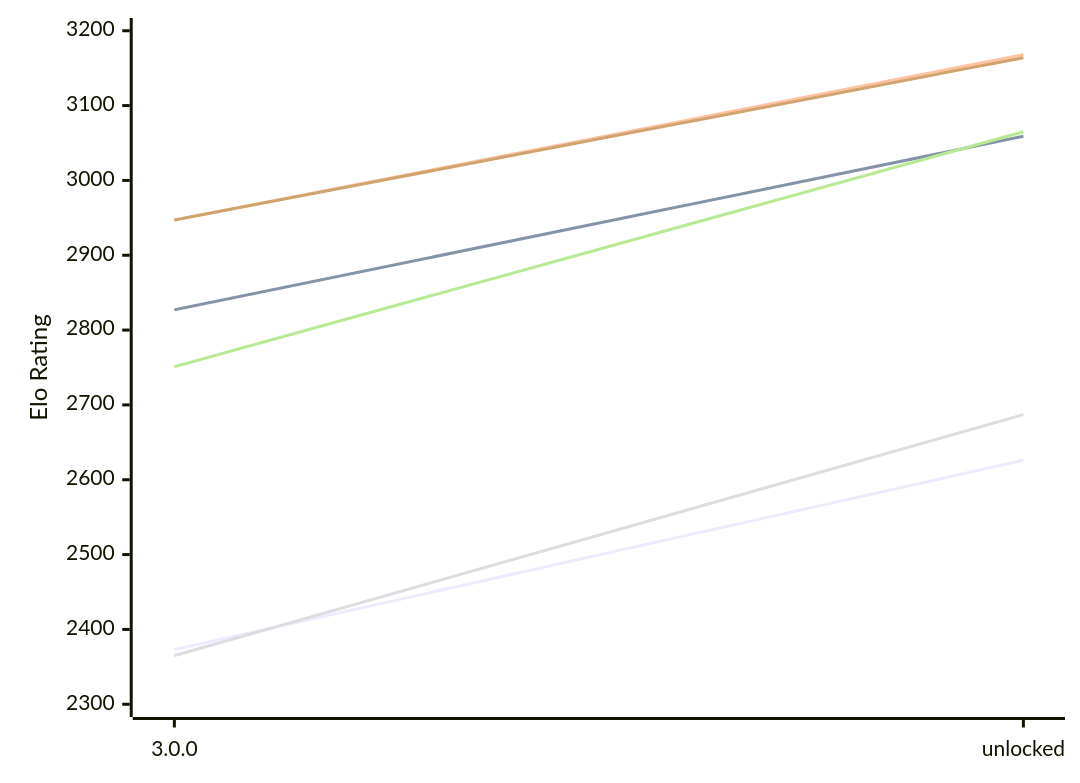
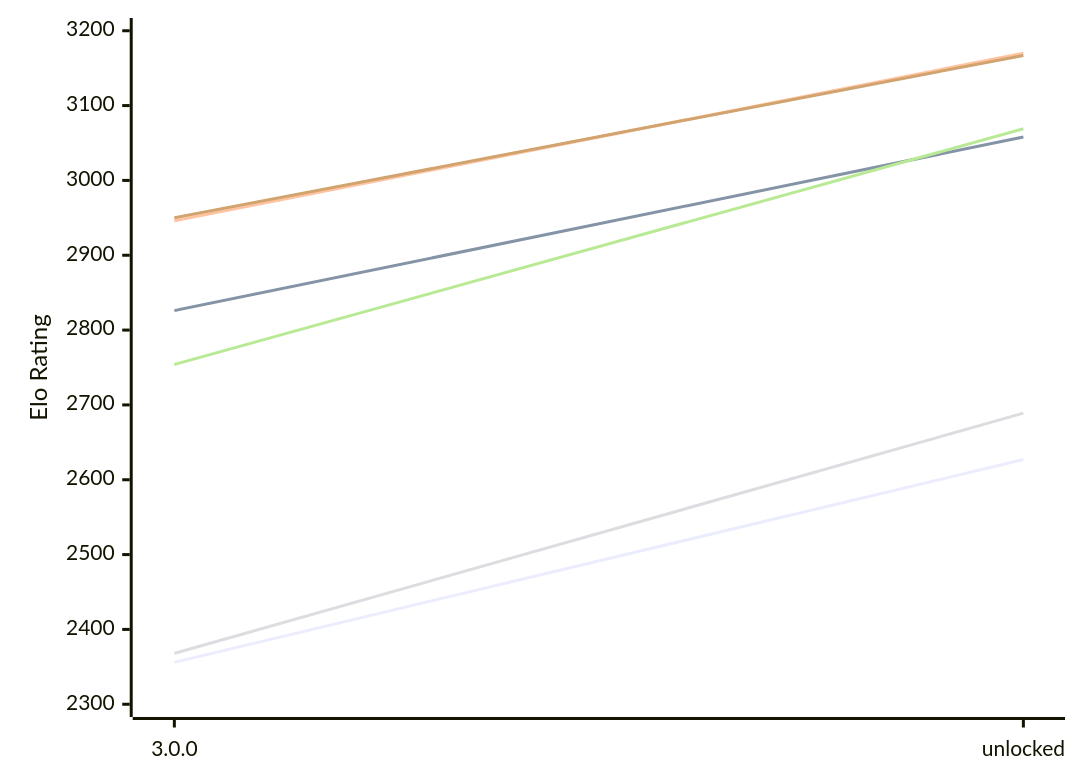
One commit to computer-chess-index/cci changed the first of 2 diagrams in engines/Potential.md. Above: the diagram before and after it, drawn with Mermaid. The commit also changed other lines of this file, not shown here.

Commit message:
Update CCI Ratings (ELO VLTC) - 2026-11-24

````diff
--- a/engines/Potential.md
+++ b/engines/Potential.md
@@ -51,12 +51,12 @@
 ```mermaid
 %%{init: {"theme":"base","themeVariables":{"seriesColors:['#a3a3a3','#222221','#faa371']}}}%%
 xychart-beta
   x-axis ["3.0.0", "unlocked"]
   y-axis "Elo Rating" 2300 --> 3200
-  line "E1: STC (8.0+0.08s)" [2373, 2626]
-  line "E1: LTC (60.0+0.60s)" [2827, 3059]
-  line "E1: VLTC (2m24s+1.12s)" [2947, 3168]
-  line "P1: STC (8.0+0.08s)" [2365, 2687]
-  line "P1: LTC (60.0+0.60s)" [2751, 3065]
-  line "P1: VLTC (2m24s+1.12s)" [2947, 3164]
+  line "E1: STC (8.0+0.08s)" [2356, 2627]
+  line "E1: LTC (60.0+0.60s)" [2826, 3058]
+  line "E1: VLTC (2m24s+1.12s)" [2946, 3170]
+  line "P1: STC (8.0+0.08s)" [2368, 2689]
+  line "P1: LTC (60.0+0.60s)" [2754, 3069]
+  line "P1: VLTC (2m24s+1.12s)" [2950, 3167]
 ```
````
